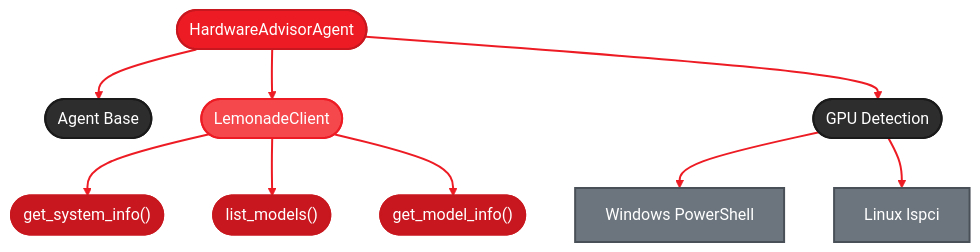
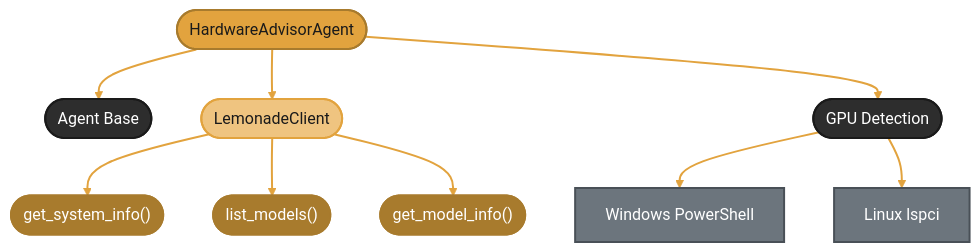
One commit to amd/gaia changed the diagram in docs/playbooks/hardware-advisor/index.mdx. Above: the diagram before and after it, drawn with Mermaid. The commit also changed 37 other files, not shown here.

````diff
--- a/docs/playbooks/hardware-advisor/index.mdx
+++ b/docs/playbooks/hardware-advisor/index.mdx
@@ -46,26 +46,26 @@
 ```mermaid
-%%{init: {'theme':'base', 'themeVariables': { 'primaryColor':'#ED1C24', 'primaryTextColor':'#fff', 'primaryBorderColor':'#C8171E', 'lineColor':'#F4484D', 'secondaryColor':'#2d2d2d', 'tertiaryColor':'#f5f5f5', 'fontFamily': 'system-ui, -apple-system, sans-serif'}}}%%
+%%{init: {'theme':'base', 'themeVariables': { 'primaryColor':'#E2A33E', 'primaryTextColor':'#1a1a1a', 'primaryBorderColor':'#A87B2D', 'lineColor':'#EFC480', 'secondaryColor':'#2d2d2d', 'tertiaryColor':'#f5f5f5', 'fontFamily': 'system-ui, -apple-system, sans-serif'}}}%%
 graph TD
     A(["HardwareAdvisorAgent"]) --> B(["Agent Base"])
     A --> C(["LemonadeClient"])
 
     C --> D(["get_system_info()"])
     C --> E(["list_models()"])
     C --> F(["get_model_info()"])
 
     A --> G(["GPU Detection"])
     G --> H["Windows PowerShell"]
     G --> I["Linux lspci"]
 
-    style A fill:#ED1C24,stroke:#C8171E,stroke-width:2px,color:#fff
+    style A fill:#E2A33E,stroke:#A87B2D,stroke-width:2px,color:#1a1a1a
     style B fill:#2d2d2d,stroke:#1a1a1a,stroke-width:2px,color:#fff
-    style C fill:#F4484D,stroke:#ED1C24,stroke-width:2px,color:#fff
-    style D fill:#C8171E,stroke:#C8171E,stroke-width:2px,color:#fff
-    style E fill:#C8171E,stroke:#C8171E,stroke-width:2px,color:#fff
-    style F fill:#C8171E,stroke:#C8171E,stroke-width:2px,color:#fff
+    style C fill:#EFC480,stroke:#E2A33E,stroke-width:2px,color:#1a1a1a
+    style D fill:#A87B2D,stroke:#A87B2D,stroke-width:2px,color:#fff
+    style E fill:#A87B2D,stroke:#A87B2D,stroke-width:2px,color:#fff
+    style F fill:#A87B2D,stroke:#A87B2D,stroke-width:2px,color:#fff
     style G fill:#2d2d2d,stroke:#1a1a1a,stroke-width:2px,color:#fff
     style H fill:#6c757d,stroke:#495057,stroke-width:2px,color:#fff
     style I fill:#6c757d,stroke:#495057,stroke-width:2px,color:#fff
 
-    linkStyle 0,1,2,3,4,5,6,7 stroke:#ED1C24,stroke-width:2px
+    linkStyle 0,1,2,3,4,5,6,7 stroke:#E2A33E,stroke-width:2px
 ```
````
